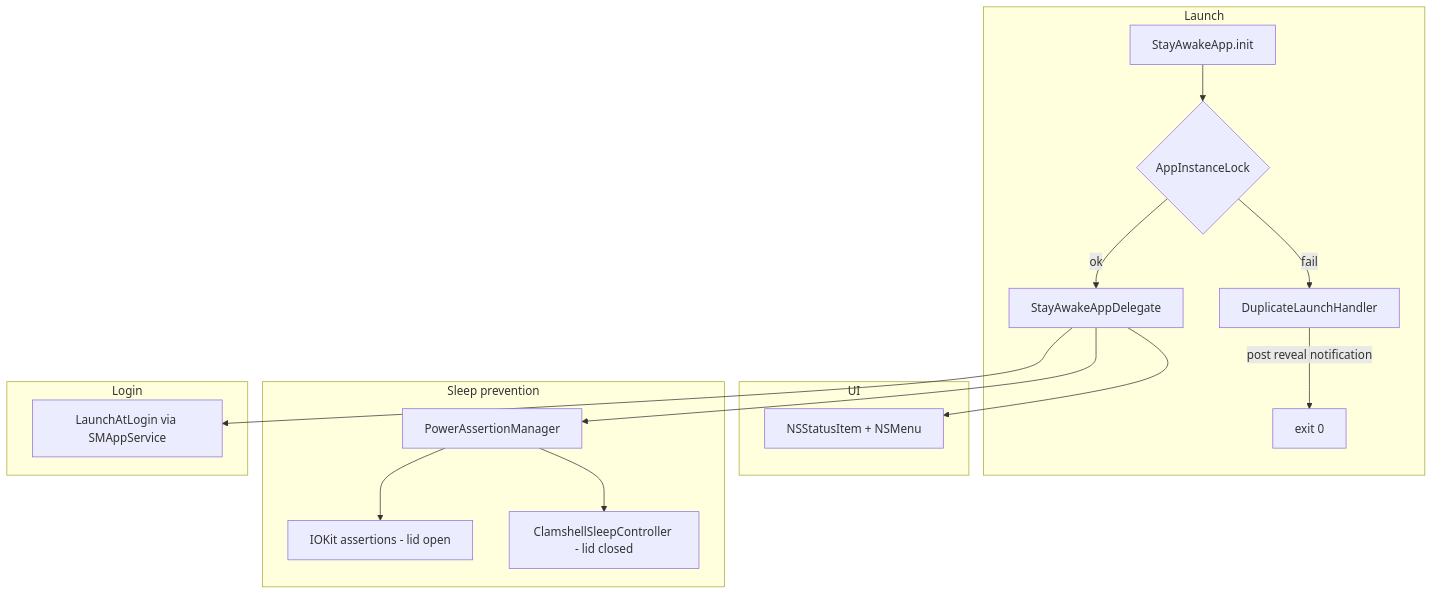
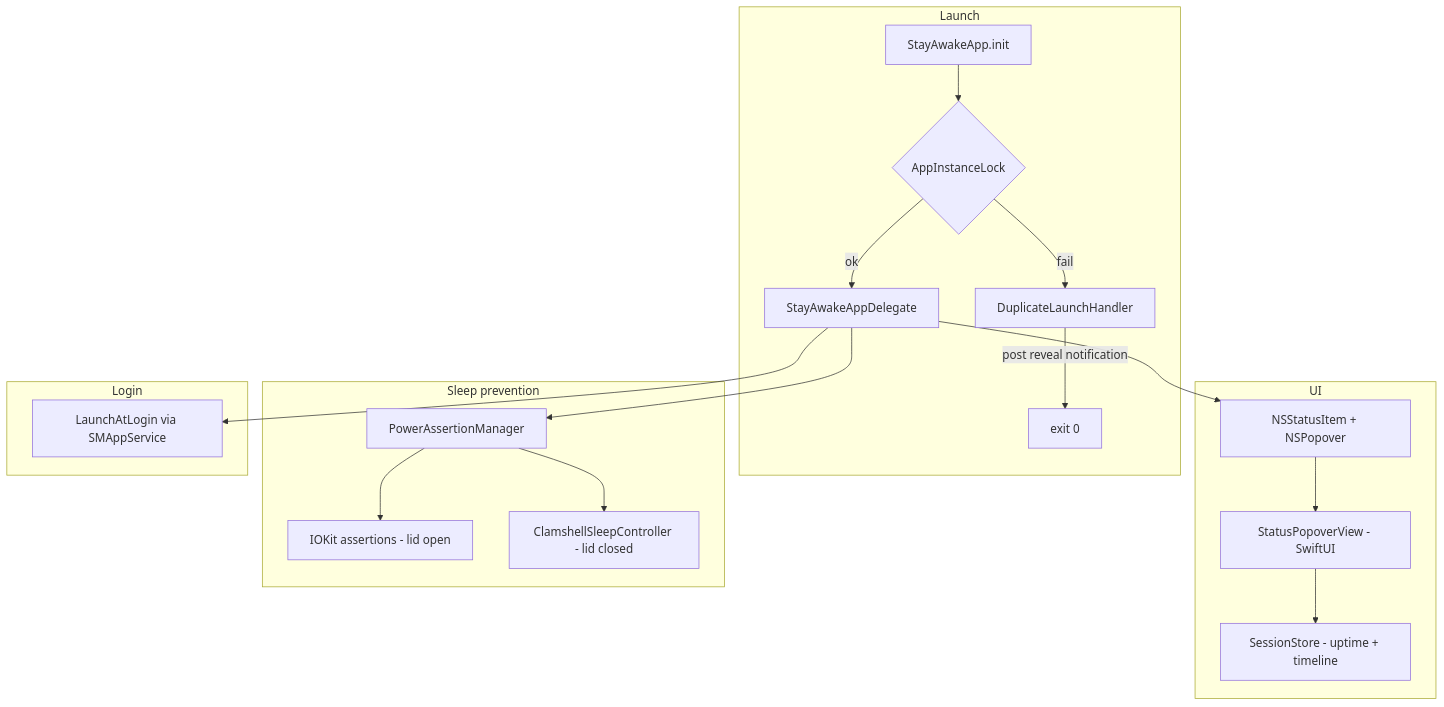
One commit to rmarti55/StayAwake changed the diagram in docs/ARCHITECTURE.md. Above: the diagram before and after it, drawn with Mermaid. The commit also changed other lines of this file and 10 other files, not shown here.

Commit message:
Implement popover UI for StayAwake, replacing the previous menu system. Introduced uptime tracking with two clocks and session management. Updated documentation to reflect changes in user interaction and app architecture.

````diff
--- a/docs/ARCHITECTURE.md
+++ b/docs/ARCHITECTURE.md
@@ -9,20 +9,22 @@
 ```mermaid
 flowchart TB
   subgraph launch [Launch]
     AppInit[StayAwakeApp.init] --> Lock{AppInstanceLock}
     Lock -->|fail| DupHandler[DuplicateLaunchHandler]
     DupHandler -->|post reveal notification| Exit[exit 0]
     Lock -->|ok| Delegate[StayAwakeAppDelegate]
   end
   subgraph ui [UI]
-    Delegate --> StatusItem[NSStatusItem + NSMenu]
+    Delegate --> StatusItem[NSStatusItem + NSPopover]
+    StatusItem --> PopoverView[StatusPopoverView - SwiftUI]
+    PopoverView --> SessionStore[SessionStore - uptime + timeline]
   end
   subgraph power [Sleep prevention]
     Delegate --> PowerMgr[PowerAssertionManager]
     PowerMgr --> IOKit[IOKit assertions - lid open]
     PowerMgr --> Clamshell[ClamshellSleepController - lid closed]
   end
   subgraph login [Login]
     Delegate --> LaunchLogin[LaunchAtLogin via SMAppService]
   end
 ```
````
